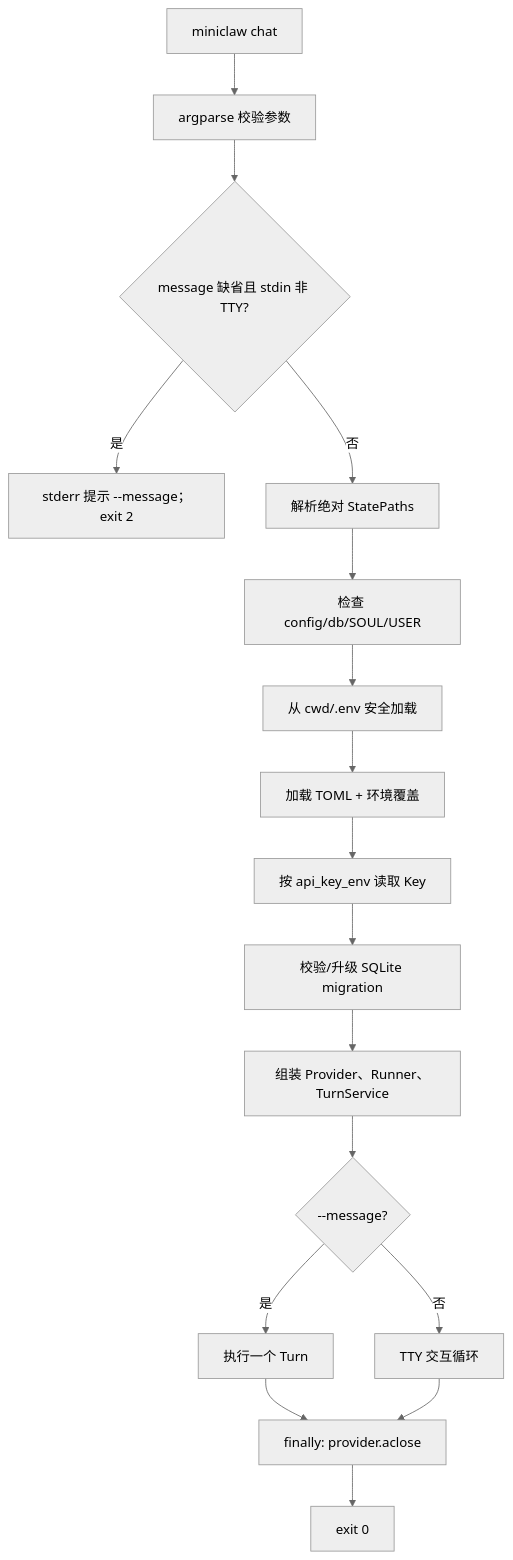
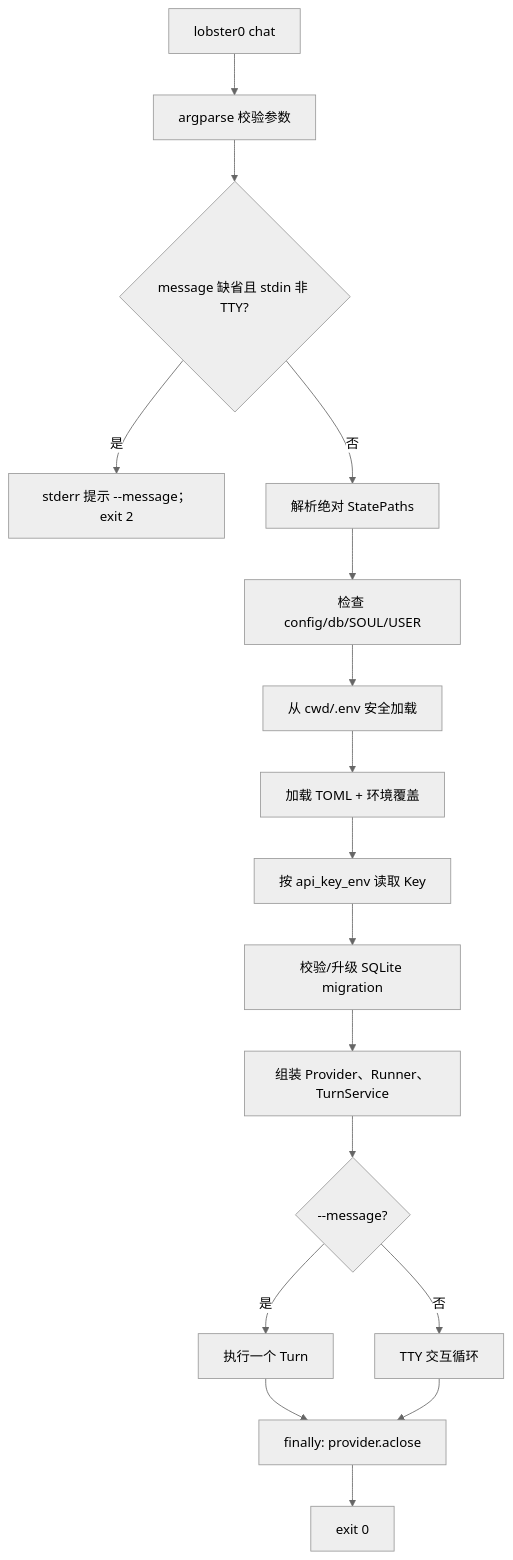
Before and after one commit to NEDONION/lobster0: the first of 3 diagrams in docs/engineering/phase-1/20260807_cli-chat.md, drawn with Mermaid (neutral theme). The commit also changed other lines of this file and 221 other files, not shown here.

````diff
--- a/docs/engineering/phase-1/20260807_cli-chat.md
+++ b/docs/engineering/phase-1/20260807_cli-chat.md
@@ -63,19 +63,19 @@
 ```mermaid
 flowchart TD
-    START["miniclaw chat"] --> ARGS["argparse 校验参数"]
+    START["lobster0 chat"] --> ARGS["argparse 校验参数"]
     ARGS --> TTY{"message 缺省且 stdin 非 TTY?"}
     TTY -->|"是"| EXIT2["stderr 提示 --message；exit 2"]
     TTY -->|"否"| PATHS["解析绝对 StatePaths"]
     PATHS --> STATE["检查 config/db/SOUL/USER"]
     STATE --> ENV["从 cwd/.env 安全加载"]
     ENV --> CONFIG["加载 TOML + 环境覆盖"]
     CONFIG --> KEY["按 api_key_env 读取 Key"]
     KEY --> DB["校验/升级 SQLite migration"]
     DB --> ASSEMBLE["组装 Provider、Runner、TurnService"]
     ASSEMBLE --> MODE{"--message?"}
     MODE -->|"是"| ONCE["执行一个 Turn"]
     MODE -->|"否"| LOOP["TTY 交互循环"]
     ONCE --> CLOSE["finally: provider.aclose"]
     LOOP --> CLOSE
     CLOSE --> EXIT0["exit 0"]
 ```
````
